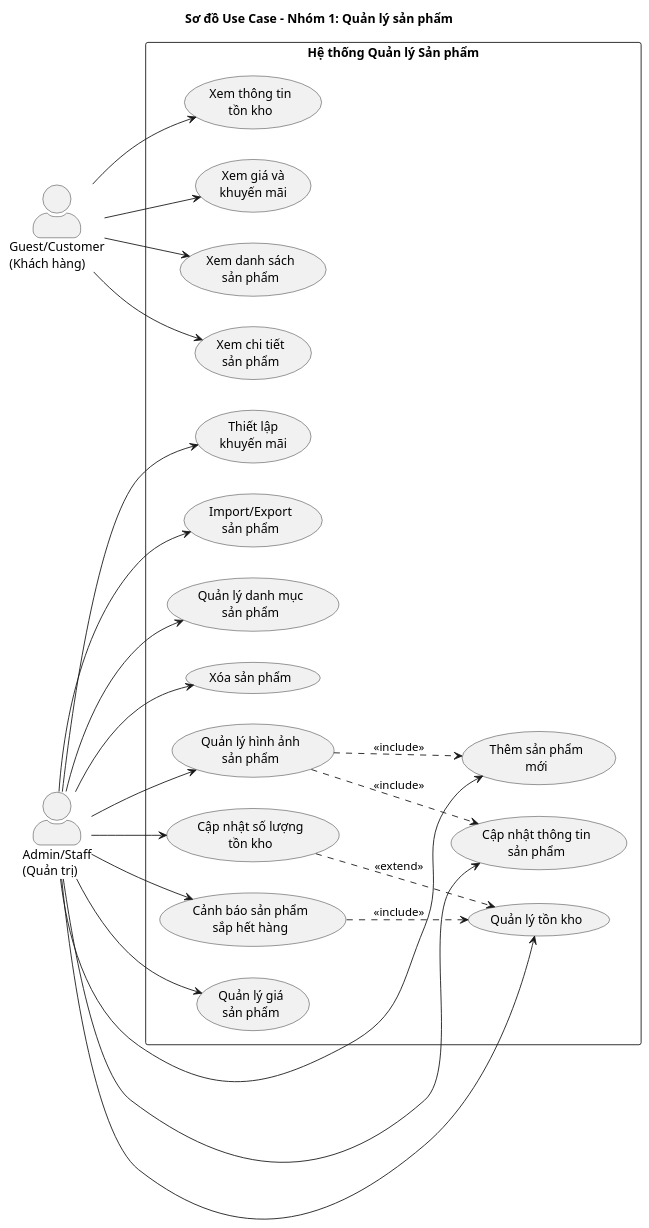
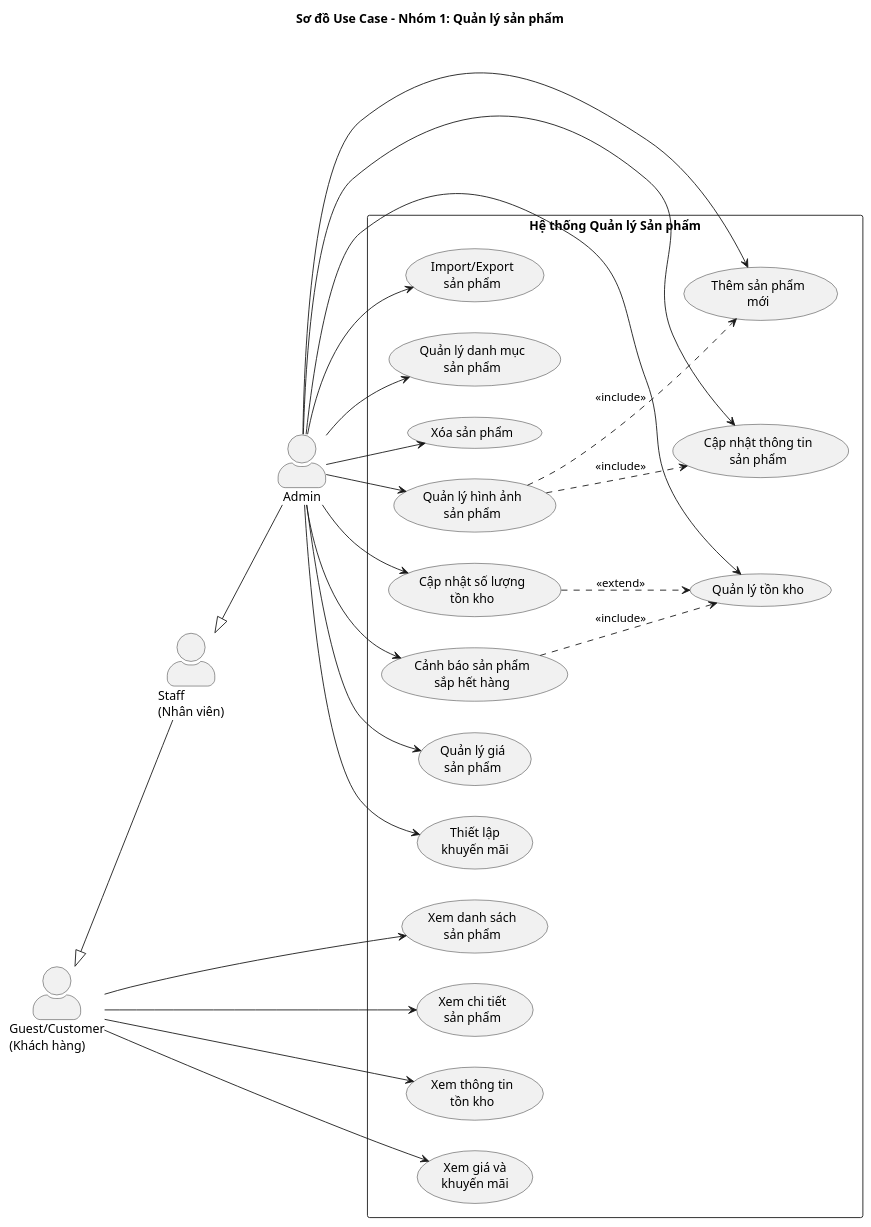
One commit to sangtm2612/DATN-BaoCao changed the diagram in usecases/01_QuanLySanPham.puml. Above: the diagram before and after it, drawn with PlantUML. The commit also changed 8 other files, not shown here.

```diff
--- a/usecases/01_QuanLySanPham.puml
+++ b/usecases/01_QuanLySanPham.puml
@@ -1,67 +1,72 @@
 @startuml 01_QuanLySanPham
 skinparam actorStyle awesome
 skinparam packageStyle rectangle
 
 title Sơ đồ Use Case - Nhóm 1: Quản lý sản phẩm
 
 left to right direction
 
 actor "Guest/Customer\n(Khách hàng)" as customer
-actor "Admin/Staff\n(Quản trị)" as admin
+actor "Staff\n(Nhân viên)" as staff
+actor "Admin" as admin
+
+' Quan hệ kế thừa - Staff có thể xem như khách hàng
+customer <|-- staff
+staff <|-- admin
 
 package "Hệ thống Quản lý Sản phẩm" {
     
     ' Use cases cho khách hàng
     usecase "Xem danh sách\nsản phẩm" as UC101
     usecase "Xem chi tiết\nsản phẩm" as UC102
     usecase "Xem thông tin\ntồn kho" as UC103
     usecase "Xem giá và\nkhuyến mãi" as UC104
     
     ' Use cases cho Admin
     usecase "Quản lý danh mục\nsản phẩm" as UC105
     usecase "Thêm sản phẩm\nmới" as UC106
     usecase "Cập nhật thông tin\nsản phẩm" as UC107
     usecase "Xóa sản phẩm" as UC108
     usecase "Quản lý hình ảnh\nsản phẩm" as UC109
     usecase "Quản lý tồn kho" as UC110
     usecase "Cập nhật số lượng\ntồn kho" as UC111
     usecase "Cảnh báo sản phẩm\nsắp hết hàng" as UC112
     usecase "Quản lý giá\nsản phẩm" as UC113
     usecase "Thiết lập\nkhuyến mãi" as UC114
     usecase "Import/Export\nsản phẩm" as UC115
 }
 
 ' Quan hệ Customer
 customer --> UC101
 customer --> UC102
 customer --> UC103
 customer --> UC104
 
 ' Quan hệ Admin - Danh mục
 admin --> UC105
 
 ' Quan hệ Admin - Sản phẩm
 admin --> UC106
 admin --> UC107
 admin --> UC108
 admin --> UC109
 
 ' Quan hệ Admin - Tồn kho
 admin --> UC110
 admin --> UC111
 admin --> UC112
 
 ' Quan hệ Admin - Giá & Khuyến mãi
 admin --> UC113
 admin --> UC114
 
 ' Quan hệ Admin - Import/Export
 admin --> UC115
 
 ' Quan hệ extend và include
 UC111 ..> UC110 : <<extend>>
 UC112 ..> UC110 : <<include>>
 UC109 ..> UC106 : <<include>>
 UC109 ..> UC107 : <<include>>
 
 @enduml
```
